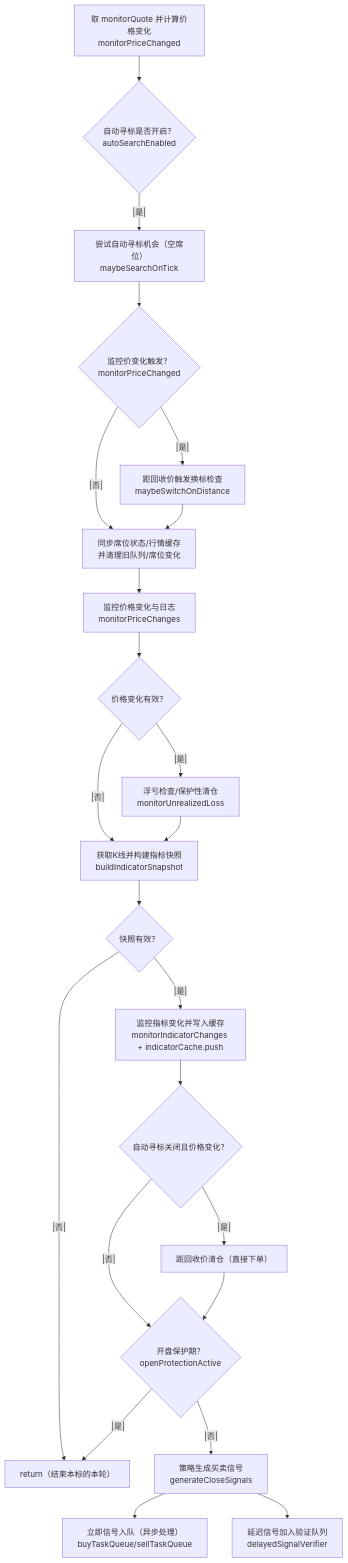
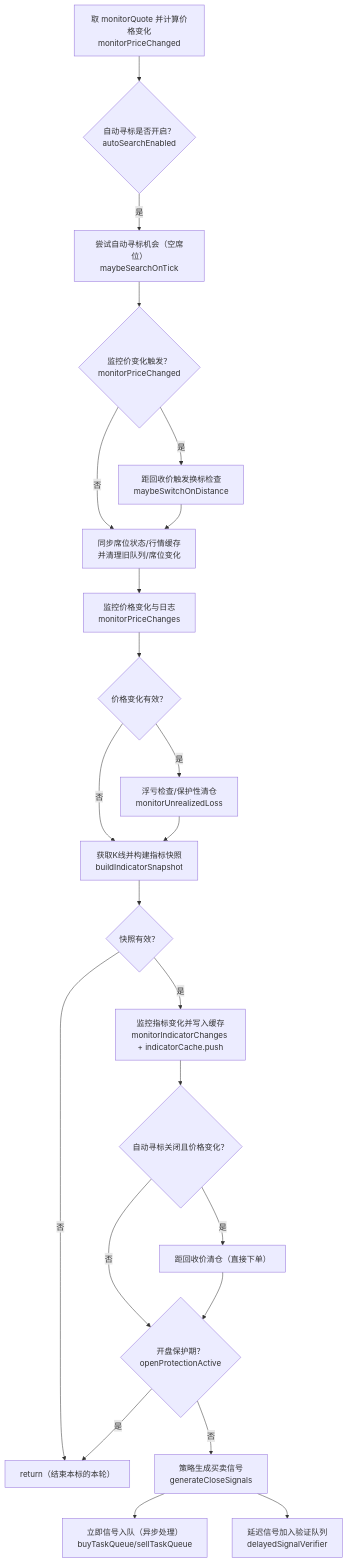
The second of 3 diagrams in docs/flow/main-loop-flow.md (zhengyongjie16/Longbridge-Quantitative-Trading), drawn with Mermaid before and after one commit. The commit also changed other lines of this file and 13 other files, not shown here.

````diff
--- a/docs/flow/main-loop-flow.md
+++ b/docs/flow/main-loop-flow.md
@@ -53,25 +53,25 @@
 ```mermaid
 graph TD
   P1["取 monitorQuote 并计算价格变化<br/>monitorPriceChanged"] --> P2{"自动寻标是否开启？<br/>autoSearchEnabled"}
-  P2 --|是|--> P3["尝试自动寻标机会（空席位）<br/>maybeSearchOnTick"]
+  P2 -->|是| P3["尝试自动寻标机会（空席位）<br/>maybeSearchOnTick"]
   P3 --> P4{"监控价变化触发？<br/>monitorPriceChanged"}
-  P4 --|是|--> P5["距回收价触发换标检查<br/>maybeSwitchOnDistance"]
-  P4 --|否|--> P6
+  P4 -->|是| P5["距回收价触发换标检查<br/>maybeSwitchOnDistance"]
+  P4 -->|否| P6
   P5 --> P6["同步席位状态/行情缓存<br/>并清理旧队列/席位变化"]
   P6 --> P7["监控价格变化与日志<br/>monitorPriceChanges"]
   P7 --> P8{"价格变化有效？"}
-  P8 --|是|--> P9["浮亏检查/保护性清仓<br/>monitorUnrealizedLoss"]
-  P8 --|否|--> P10
+  P8 -->|是| P9["浮亏检查/保护性清仓<br/>monitorUnrealizedLoss"]
+  P8 -->|否| P10
   P9 --> P10["获取K线并构建指标快照<br/>buildIndicatorSnapshot"]
   P10 --> P11{"快照有效？"}
-  P11 --|否|--> PEnd["return（结束本标的本轮）"]
-  P11 --|是|--> P12["监控指标变化并写入缓存<br/>monitorIndicatorChanges + indicatorCache.push"]
+  P11 -->|否| PEnd["return（结束本标的本轮）"]
+  P11 -->|是| P12["监控指标变化并写入缓存<br/>monitorIndicatorChanges + indicatorCache.push"]
   P12 --> P13{"自动寻标关闭且价格变化？"}
-  P13 --|是|--> P14["距回收价清仓（直接下单）"]
-  P13 --|否|--> P15
+  P13 -->|是| P14["距回收价清仓（直接下单）"]
+  P13 -->|否| P15
   P14 --> P15{"开盘保护期？<br/>openProtectionActive"}
-  P15 --|是|--> PEnd
-  P15 --|否|--> P16["策略生成买卖信号<br/>generateCloseSignals"]
+  P15 -->|是| PEnd
+  P15 -->|否| P16["策略生成买卖信号<br/>generateCloseSignals"]
   P16 --> P17["立即信号入队（异步处理）<br/>buyTaskQueue/sellTaskQueue"]
   P16 --> P18["延迟信号加入验证队列<br/>delayedSignalVerifier"]
 ```
````
